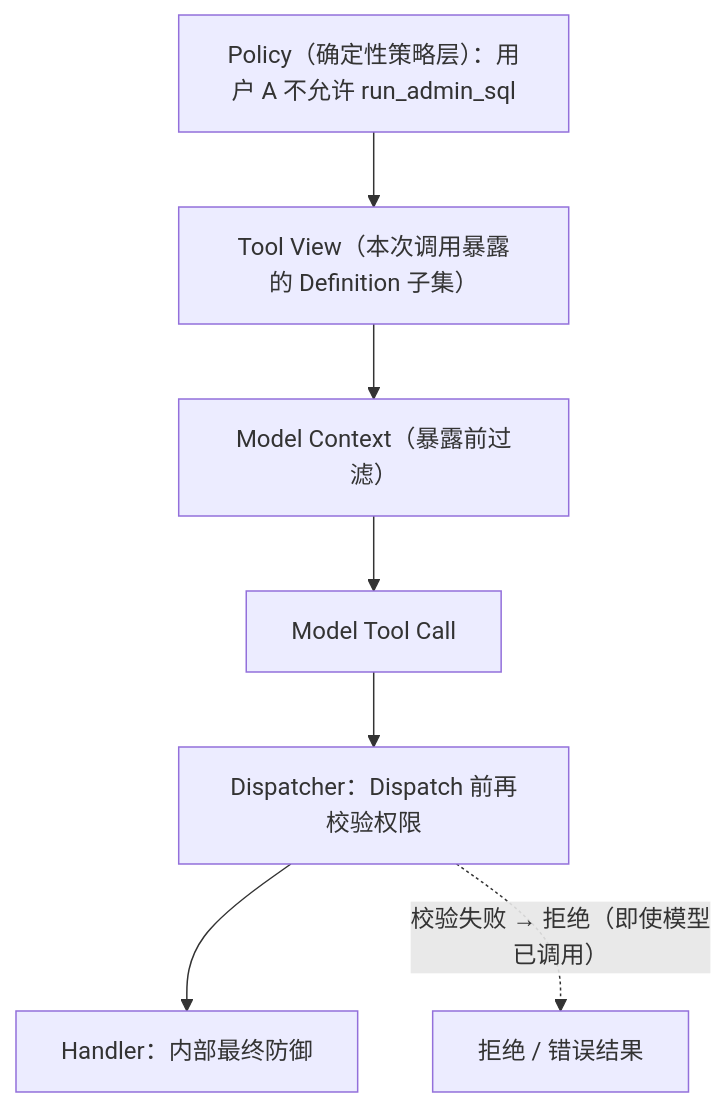
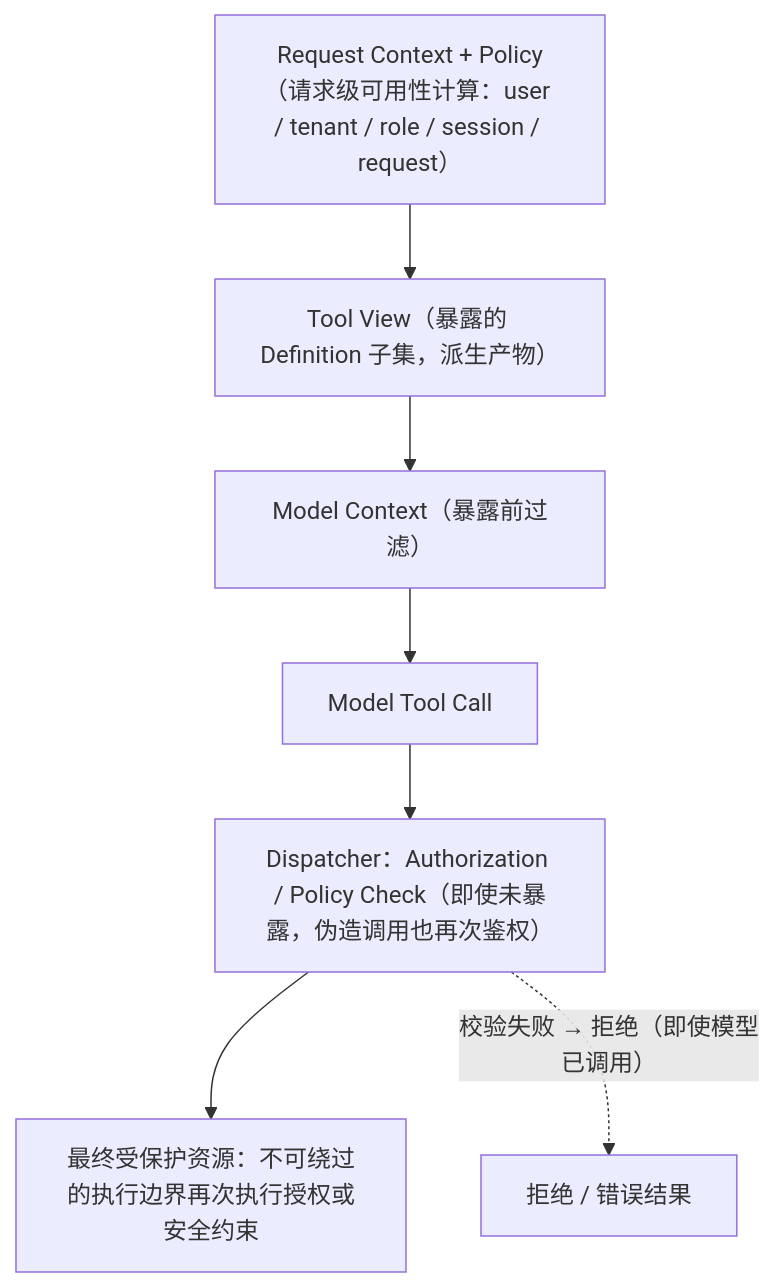
The fourth of 5 diagrams in docs/02-agent-runtime/ch05-tool-registry.md (AnRun-M/enterprise-ai-agent-handbook), drawn with Mermaid before and after one commit. The commit also changed other lines of this file, not shown here.

Commit message:
docs: refine tool registry runtime boundaries

````diff
--- a/docs/02-agent-runtime/ch05-tool-registry.md
+++ b/docs/02-agent-runtime/ch05-tool-registry.md
@@ -133,9 +162,9 @@
 ```mermaid
 flowchart TD
-    P["Policy（确定性策略层）：用户 A 不允许 run_admin_sql"] --> V["Tool View（本次调用暴露的 Definition 子集）"]
+    P["Request Context + Policy（请求级可用性计算：user / tenant / role / session / request）"] --> V["Tool View（暴露的 Definition 子集，派生产物）"]
     V --> C["Model Context（暴露前过滤）"]
     C --> CALL["Model Tool Call"]
-    CALL --> D1["Dispatcher：Dispatch 前再校验权限"]
-    D1 --> H["Handler：内部最终防御"]
+    CALL --> D1["Dispatcher：Authorization / Policy Check（即使未暴露，伪造调用也再次鉴权）"]
+    D1 --> E["最终受保护资源：不可绕过的执行边界再次执行授权或安全约束"]
     D1 -. "校验失败 → 拒绝（即使模型已调用）" .-> X["拒绝 / 错误结果"]
 ```
````
